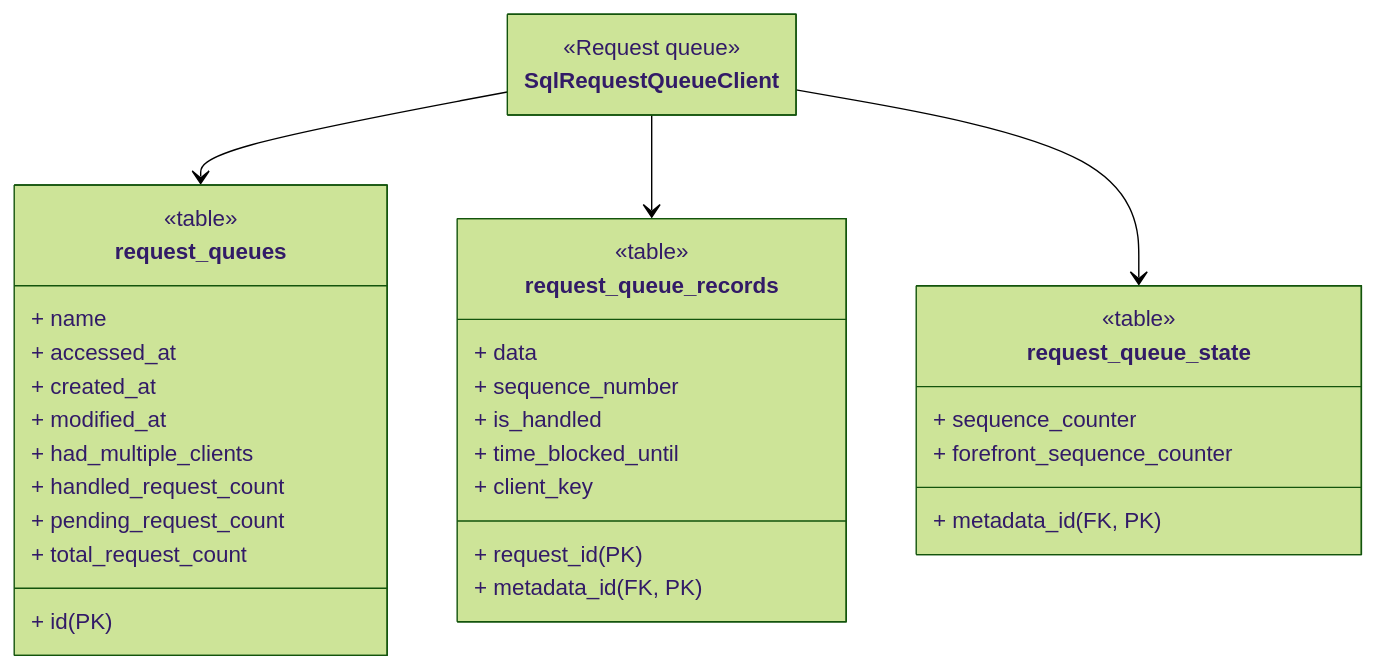
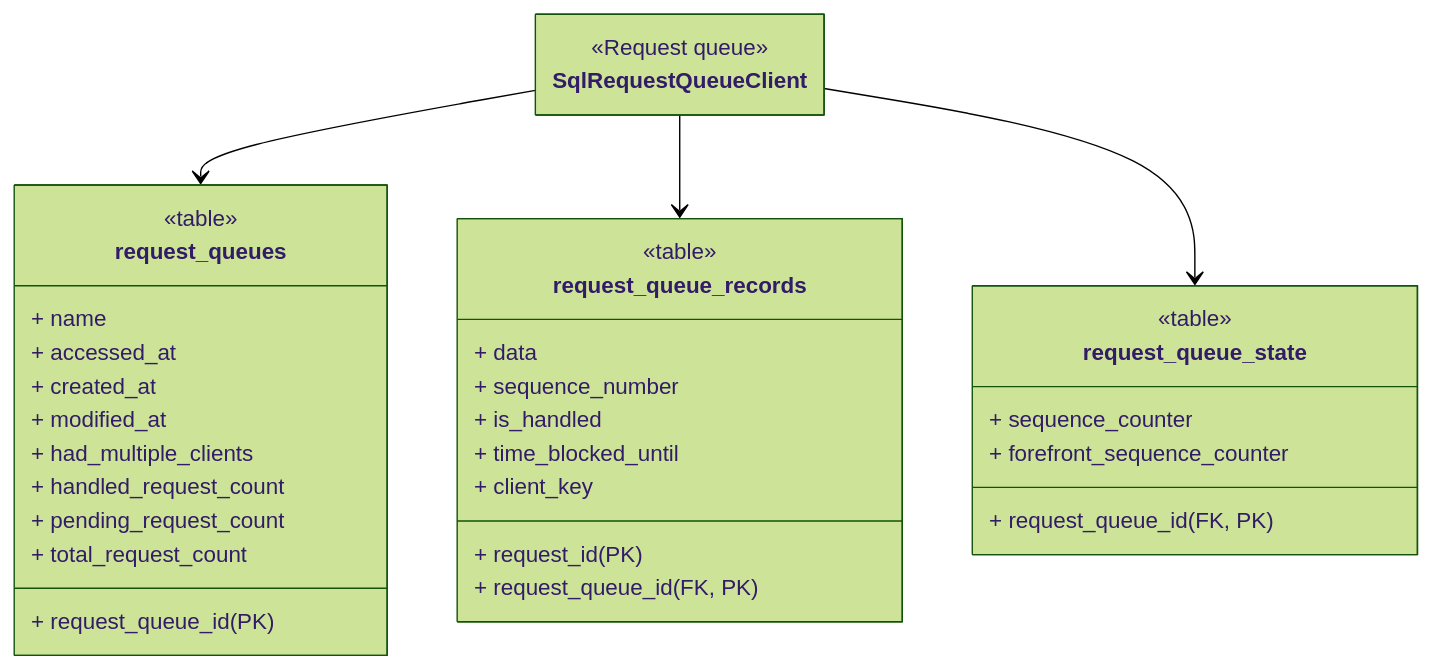
Before and after one commit to apify/crawlee-python: the third of 3 diagrams in docs/guides/storage_clients.mdx, drawn with Mermaid (forest theme). The commit also changed other lines of this file and 10 other files, not shown here.

````diff
--- a/docs/guides/storage_clients.mdx
+++ b/docs/guides/storage_clients.mdx
@@ -236,60 +236,60 @@
 ```mermaid
 ---
 config:
     class:
         hideEmptyMembersBox: true
 ---
 
 classDiagram
 
 %% ========================
 %% Storage Clients
 %% ========================
 
 class SqlRequestQueueClient {
     <<Request queue>>
 }
 
 %% ========================
 %% Request Queue Tables
 %% ========================
 
 class request_queues {
     <<table>>
-    + id (PK)
+    + request_queue_id (PK)
     + name
     + accessed_at
     + created_at
     + modified_at
     + had_multiple_clients
     + handled_request_count
     + pending_request_count
     + total_request_count
 }
 
 class request_queue_records {
     <<table>>
     + request_id (PK)
-    + metadata_id (FK, PK)
+    + request_queue_id (FK, PK)
     + data
     + sequence_number
     + is_handled
     + time_blocked_until
     + client_key
 }
 
 class request_queue_state {
     <<table>>
-    + metadata_id (FK, PK)
+    + request_queue_id (FK, PK)
     + sequence_counter
     + forefront_sequence_counter
 }
 
 %% ========================
 %% Client to Table arrows
 %% ========================
 
 SqlRequestQueueClient --> request_queues
 SqlRequestQueueClient --> request_queue_records
 SqlRequestQueueClient --> request_queue_state
 ```
````
